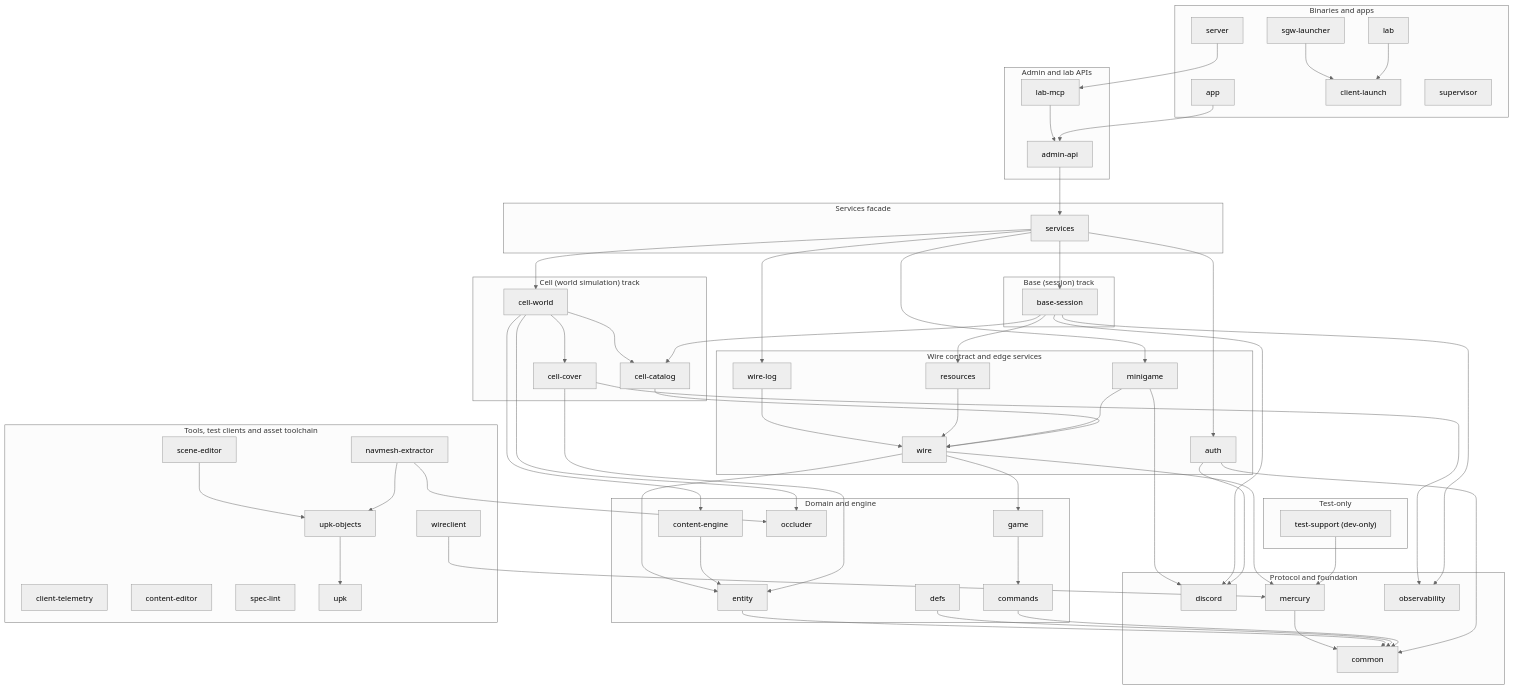
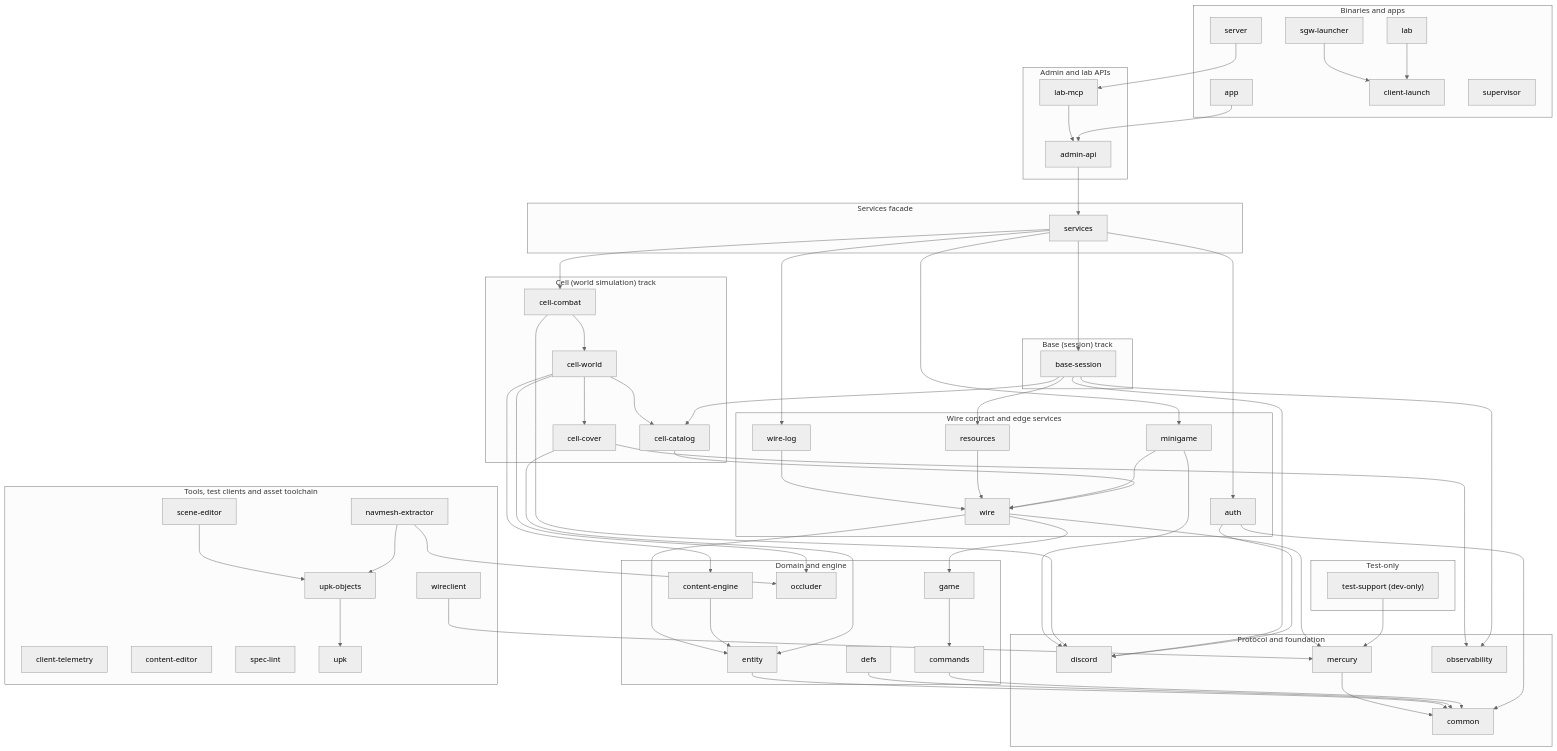
One commit to SandboxServers/Cimmeria changed the diagram in README.md. Above: the diagram before and after it, drawn with Mermaid. The commit also changed other lines of this file and 157 other files, not shown here.

```diff
--- a/README.md
+++ b/README.md
@@ -115,6 +115,7 @@
     end
     subgraph grp_cell["Cell (world simulation) track"]
         cellCatalog["cell-catalog"]
+        cellCombat["cell-combat"]
         cellCover["cell-cover"]
         cellWorld["cell-world"]
     end
@@ -164,6 +165,8 @@
     baseSession --> observability
     baseSession --> resources
     cellCatalog --> wire
+    cellCombat --> cellWorld
+    cellCombat --> discord
     cellCover --> entity
     cellCover --> observability
     cellWorld --> cellCatalog
@@ -187,7 +190,7 @@
     server --> labMcp
     services --> auth
     services --> baseSession
-    services --> cellWorld
+    services --> cellCombat
     services --> minigame
     services --> wireLog
     testSupport --> mercury
```
